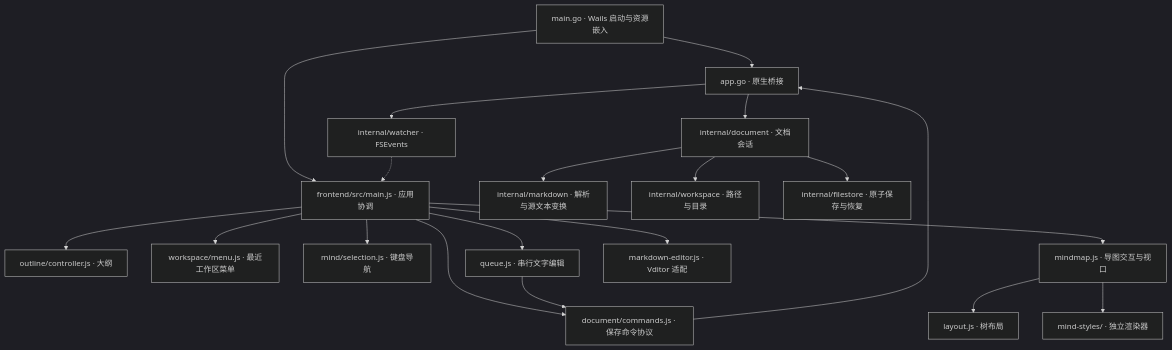
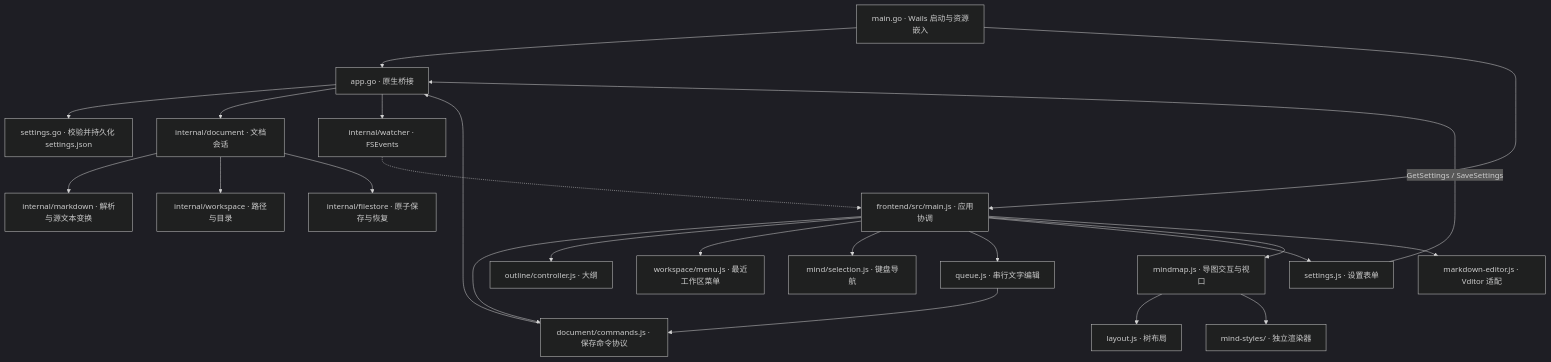
Before and after one commit to liyinghaodashi/openmind: the first of 2 diagrams in CODE_MAP.md, drawn with Mermaid (dark theme). The commit also changed other lines of this file and 19 other files, not shown here.

````diff
--- a/CODE_MAP.md
+++ b/CODE_MAP.md
@@ -23,22 +23,25 @@
 ```mermaid
 flowchart TD
   Boot["main.go · Wails 启动与资源嵌入"] --> App["app.go · 原生桥接"]
   Boot --> Main["frontend/src/main.js · 应用协调"]
   Main --> Cmd["document/commands.js · 保存命令协议"]
   Main --> Outline["outline/controller.js · 大纲"]
   Main --> Menu["workspace/menu.js · 最近工作区菜单"]
   Main --> Selection["mind/selection.js · 键盘导航"]
   Main --> Queue["queue.js · 串行文字编辑"]
   Queue --> Cmd
   Cmd --> App
+  Main --> SettingsUI["settings.js · 设置表单"]
+  SettingsUI -->|GetSettings / SaveSettings| App
+  App --> Config["settings.go · 校验并持久化 settings.json"]
   Main --> Map["mindmap.js · 导图交互与视口"]
   Map --> Layout["layout.js · 树布局"]
   Map --> Styles["mind-styles/ · 独立渲染器"]
   Main --> Editor["markdown-editor.js · Vditor 适配"]
   App --> Doc["internal/document · 文档会话"]
   Doc --> Markdown["internal/markdown · 解析与源文本变换"]
   Doc --> Workspace["internal/workspace · 路径与目录"]
   Doc --> Store["internal/filestore · 原子保存与恢复"]
   App --> Watcher["internal/watcher · FSEvents"]
   Watcher -.-> Main
 ```
````
